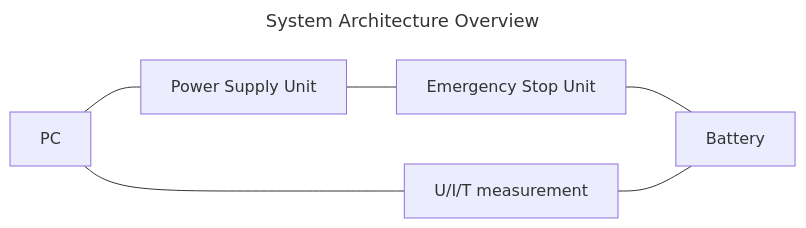
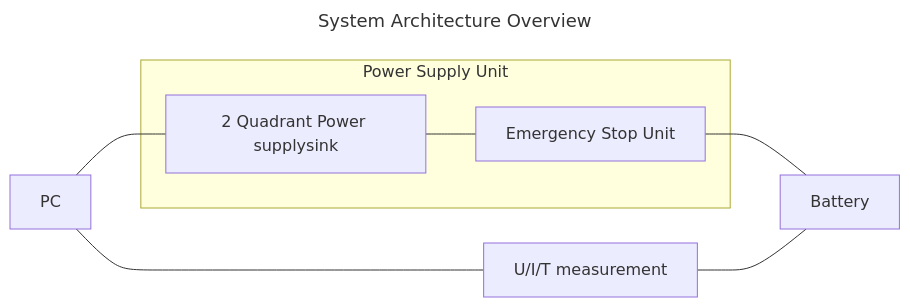
The diagram in docs/arch/overview.md (pascalguttmann/obat), drawn with Mermaid before and after one commit. The commit also changed 1 other file, not shown here.

Commit message:
move emergency stop unit into psu scope

````diff
--- a/docs/arch/overview.md
+++ b/docs/arch/overview.md
@@ -28,15 +28,17 @@
 ```mermaid
 ---
 title: System Architecture Overview
 ---
 flowchart LR
 
 pc[PC]
-psu[Power Supply Unit]
-relay[Emergency Stop Unit]
+subgraph psu[Power Supply Unit]
+    psu-internal[2 Quadrant Power supplysink]
+    relay[Emergency Stop Unit]
+end
 meas[U/I/T measurement]
 bat[Battery]
 
-pc --- psu --- relay --- bat
+pc --- psu-internal --- relay --- bat
 pc --- meas --- bat
 ```
````
